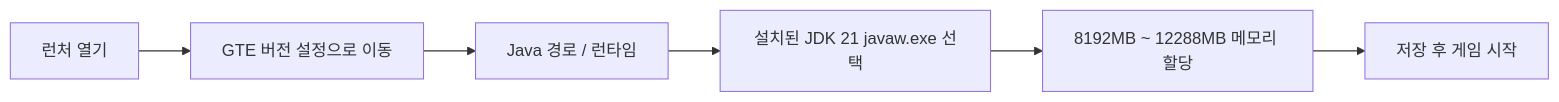
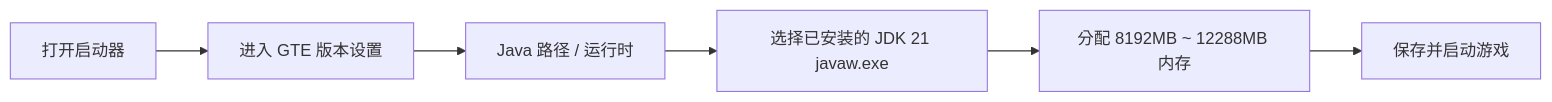
The diagram in docs/ko/download-and-play/lazy-pack.md (takanashisatou/GregtechEasy), drawn with Mermaid before and after one commit. The commit also changed other lines of this file and 144 other files, not shown here.

````diff
--- a/docs/ko/download-and-play/lazy-pack.md
+++ b/docs/ko/download-and-play/lazy-pack.md
@@ -57,8 +57,8 @@
 ```mermaid
 graph LR
-    A[런처 열기] --> B[GTE 버전 설정으로 이동]
-    B --> C[Java 경로 / 런타임]
-    C --> D[설치된 JDK 21 javaw.exe 선택]
-    D --> E[8192MB ~ 12288MB 메모리 할당]
-    E --> F[저장 후 게임 시작]
+    A[打开启动器] --> B[进入 GTE 版本设置]
+    B --> C[Java 路径 / 运行时]
+    C --> D[选择已安装的 JDK 21 javaw.exe]
+    D --> E[分配 8192MB ~ 12288MB 内存]
+    E --> F[保存并启动游戏]
 ```
````
